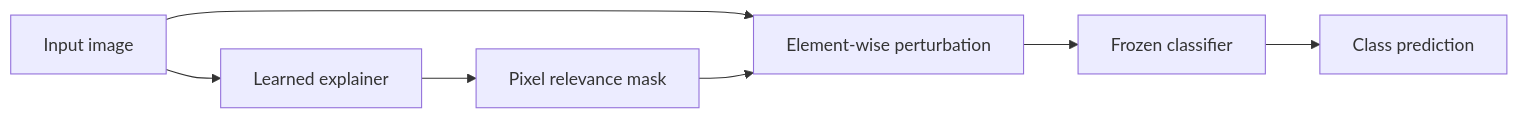
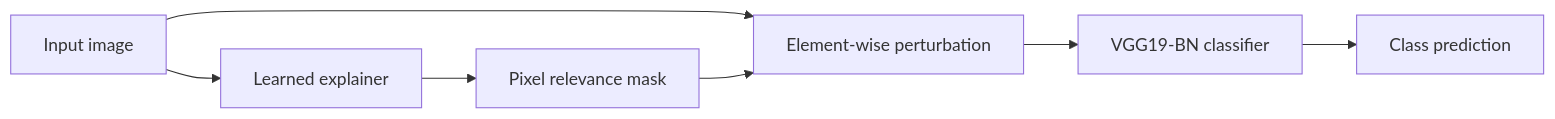
The diagram in README.md (EMH01/xai-perturbation-research), drawn with Mermaid before and after one commit. The commit also changed other lines of this file, not shown here.

````diff
--- a/README.md
+++ b/README.md
@@ -52,9 +15,9 @@
-```mermaid
+~~~mermaid
 flowchart LR
     A[Input image] --> B[Learned explainer]
     B --> C[Pixel relevance mask]
     A --> D[Element-wise perturbation]
     C --> D
-    D --> E[Frozen classifier]
+    D --> E[VGG19-BN classifier]
     E --> F[Class prediction]
-```
+~~~
````
